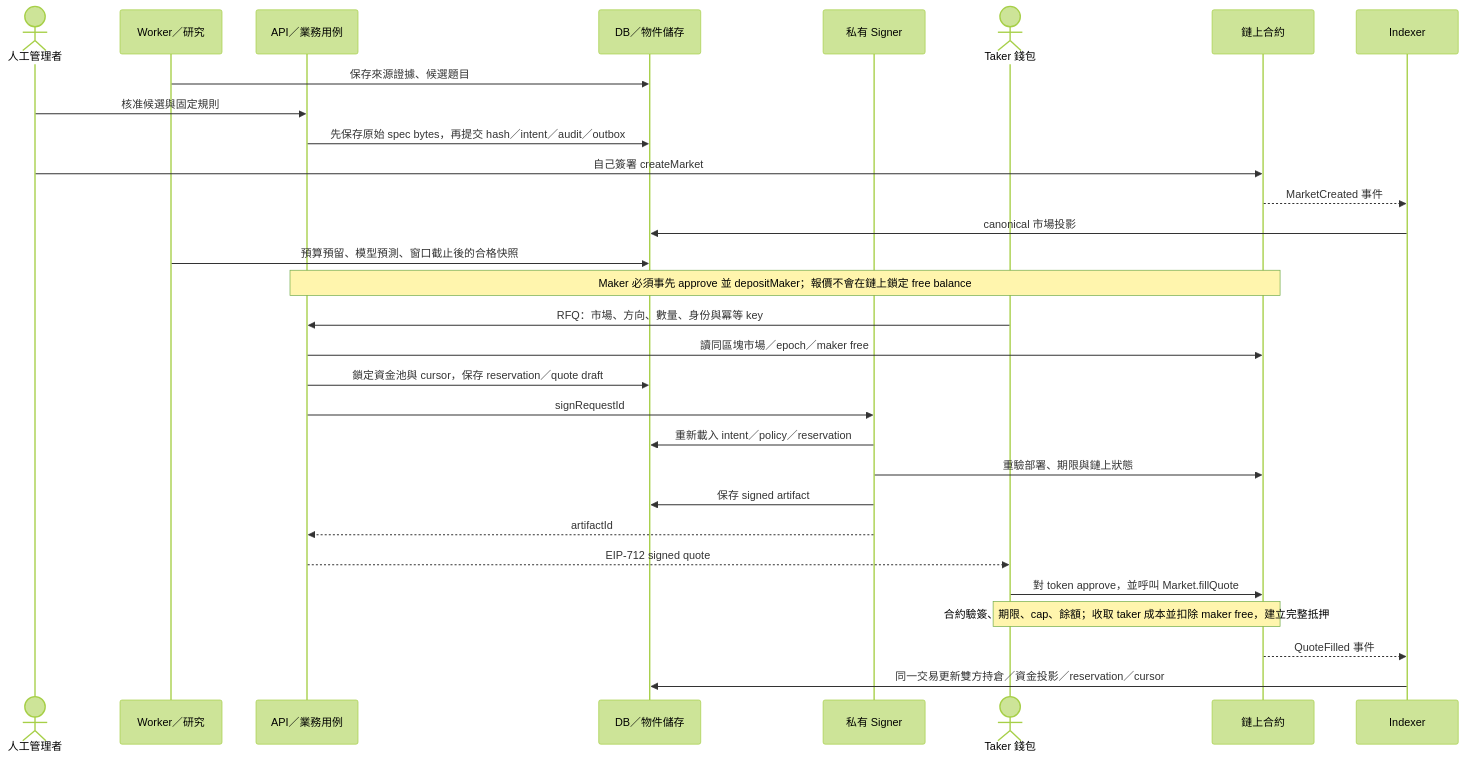
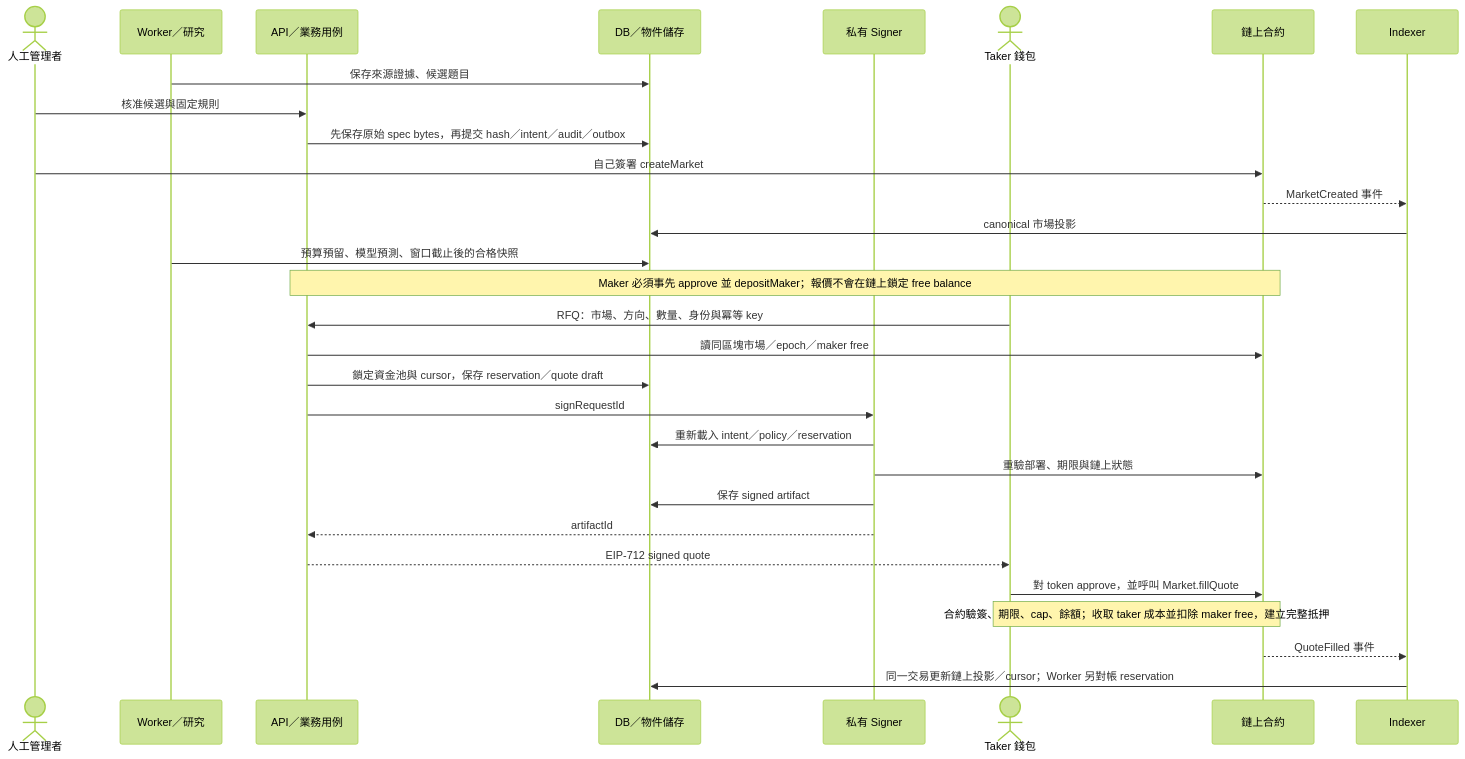
Before and after one commit to Blink-Markets/blinkmarket: the third of 5 diagrams in docs/ARCHITECTURE_GUIDE.md, drawn with Mermaid (forest theme). The commit also changed other lines of this file and 5 other files, not shown here.

````diff
--- a/docs/ARCHITECTURE_GUIDE.md
+++ b/docs/ARCHITECTURE_GUIDE.md
@@ -119,32 +119,32 @@
 ```mermaid
 sequenceDiagram
     actor Admin as 人工管理者
     participant W as Worker／研究
     participant A as API／業務用例
     participant D as DB／物件儲存
     participant S as 私有 Signer
     actor T as Taker 錢包
     participant C as 鏈上合約
     participant I as Indexer
     W->>D: 保存來源證據、候選題目
     Admin->>A: 核准候選與固定規則
     A->>D: 先保存原始 spec bytes，再提交 hash／intent／audit／outbox
     Admin->>C: 自己簽署 createMarket
     C-->>I: MarketCreated 事件
     I->>D: canonical 市場投影
     W->>D: 預算預留、模型預測、窗口截止後的合格快照
     Note over A,C: Maker 必須事先 approve 並 depositMaker；報價不會在鏈上鎖定 free balance
     T->>A: RFQ：市場、方向、數量、身份與冪等 key
     A->>C: 讀同區塊市場／epoch／maker free
     A->>D: 鎖定資金池與 cursor，保存 reservation／quote draft
     A->>S: signRequestId
     S->>D: 重新載入 intent／policy／reservation
     S->>C: 重驗部署、期限與鏈上狀態
     S->>D: 保存 signed artifact
     S-->>A: artifactId
     A-->>T: EIP-712 signed quote
     T->>C: 對 token approve，並呼叫 Market.fillQuote
     Note over T,C: 合約驗簽、期限、cap、餘額；收取 taker 成本並扣除 maker free，建立完整抵押
     C-->>I: QuoteFilled 事件
-    I->>D: 同一交易更新雙方持倉／資金投影／reservation／cursor
+    I->>D: 同一交易更新鏈上投影／cursor；Worker 另對帳 reservation
 ```
````
